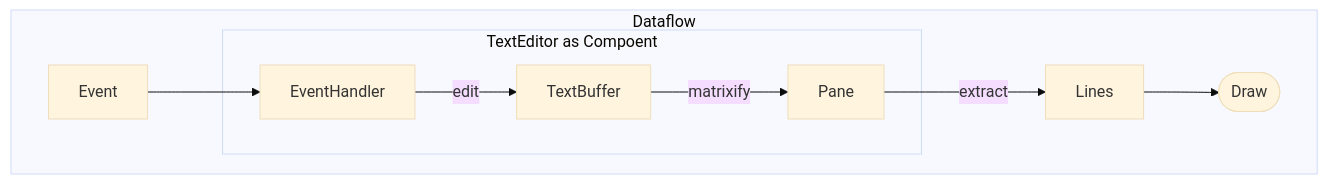
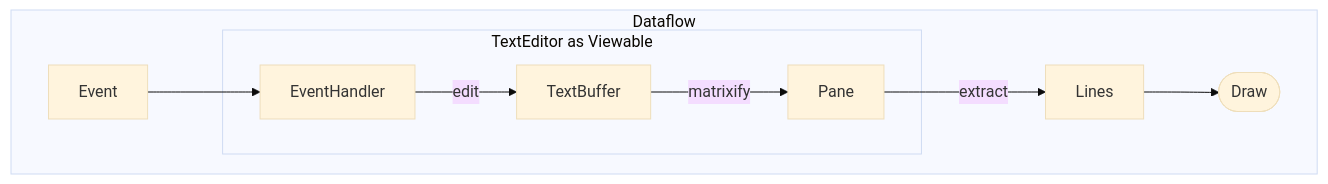
The diagram in README.md (ynqa/promkit), drawn with Mermaid (base theme) before and after one commit. The commit also changed other lines of this file and 12 other files, not shown here.

````diff
--- a/README.md
+++ b/README.md
@@ -109,12 +127,12 @@
 ```mermaid
 graph
   subgraph Dataflow
     Event --> EventHandler
-    subgraph TextEditor as Compoent
+    subgraph TextEditor as Viewable
       EventHandler --> |edit| TextBuffer
       TextBuffer --> |matrixify| Pane
     end
       Pane -->|extract| Lines
     Lines --> F([Draw])
   end
 ```
````
